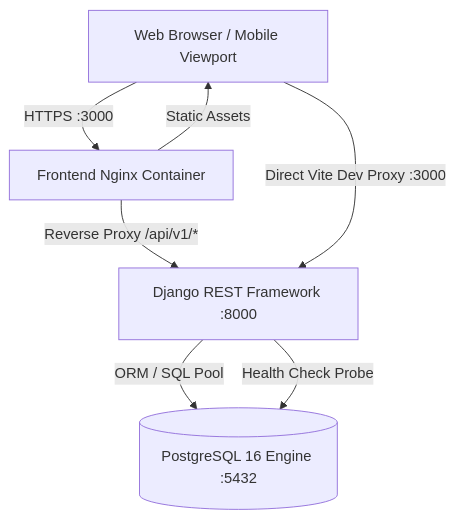
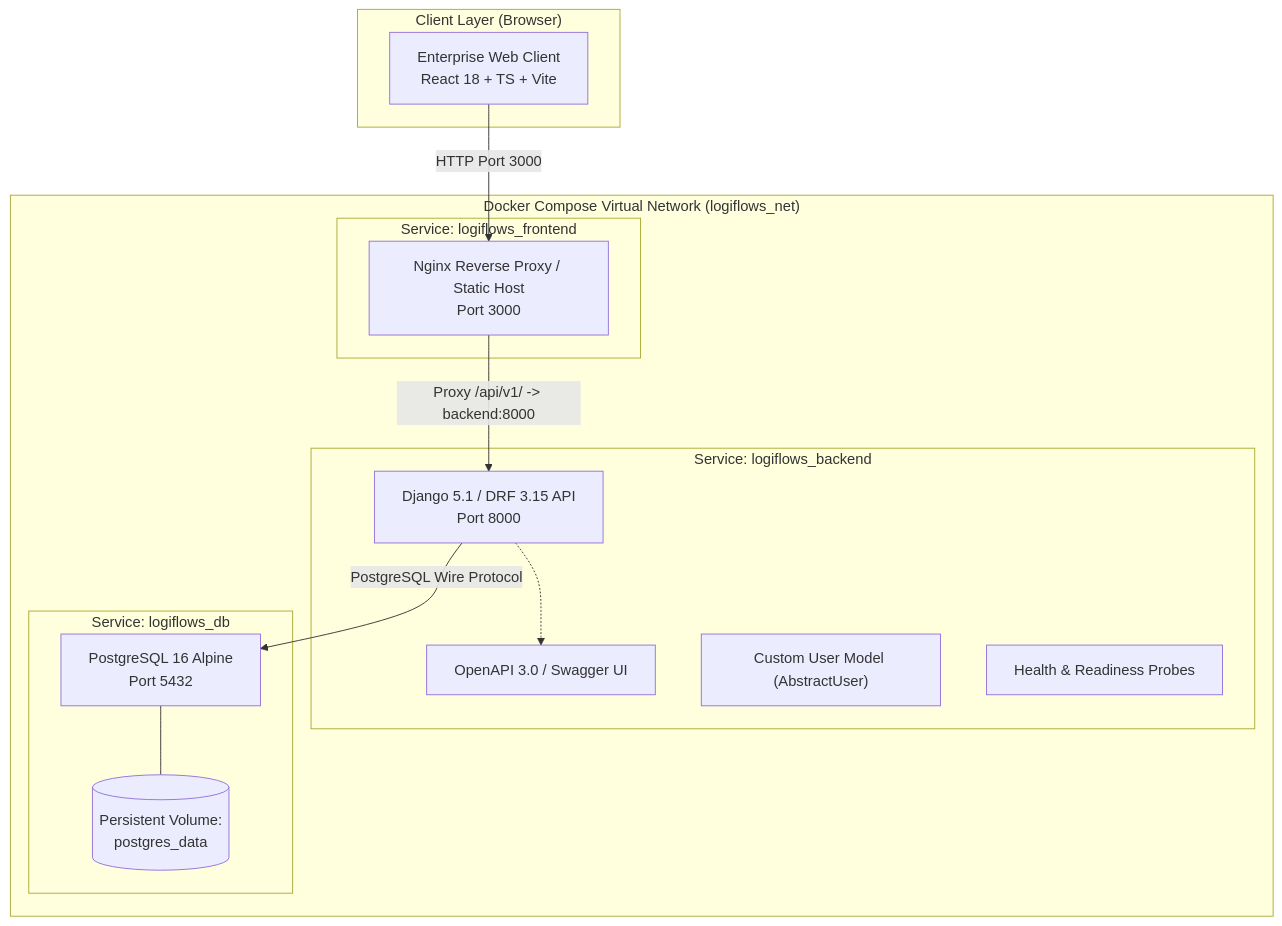
The diagram in docs/03-architecture/system-architecture.md (V-Balamurugan/logiflows), drawn with Mermaid before and after one commit. The commit also changed other lines of this file and 87 other files, not shown here.

````diff
--- a/docs/03-architecture/system-architecture.md
+++ b/docs/03-architecture/system-architecture.md
@@ -6,9 +9,30 @@
 ```mermaid
-graph TD
-    Client[Web Browser / Mobile Viewport] -->|HTTPS :3000| Nginx[Frontend Nginx Container]
-    Nginx -->|Static Assets| Client
-    Nginx -->|Reverse Proxy /api/v1/*| DRF[Django REST Framework :8000]
-    DRF -->|ORM / SQL Pool| PG[(PostgreSQL 16 Engine :5432)]
-    DRF -->|Health Check Probe| PG
-    Client -->|Direct Vite Dev Proxy :3000| DRF
+graph TB
+    subgraph ClientLayer["Client Layer (Browser)"]
+        Browser["Enterprise Web Client<br/>React 18 + TS + Vite"]
+    end
+
+    subgraph DockerHost["Docker Compose Virtual Network (logiflows_net)"]
+        subgraph FrontendService["Service: logiflows_frontend"]
+            Nginx["Nginx Reverse Proxy / Static Host<br/>Port 3000"]
+        end
+
+        subgraph BackendService["Service: logiflows_backend"]
+            Django["Django 5.1 / DRF 3.15 API<br/>Port 8000"]
+            Spec["OpenAPI 3.0 / Swagger UI"]
+            Users["Custom User Model (AbstractUser)"]
+            Common["Health & Readiness Probes"]
+        end
+
+        subgraph DatabaseService["Service: logiflows_db"]
+            Postgres["PostgreSQL 16 Alpine<br/>Port 5432"]
+            Vol[("Persistent Volume:<br/>postgres_data")]
+        end
+    end
+
+    Browser -->|HTTP Port 3000| Nginx
+    Nginx -->|Proxy /api/v1/ -> backend:8000| Django
+    Django -->|PostgreSQL Wire Protocol| Postgres
+    Postgres --- Vol
+    Django -.-> Spec
 ```
````
